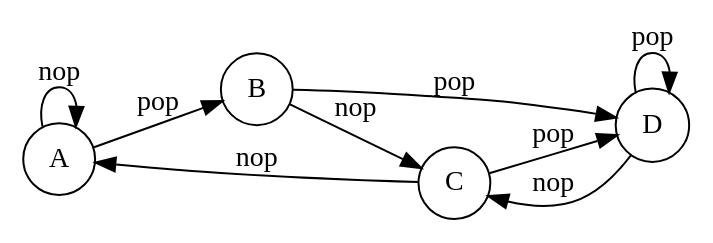
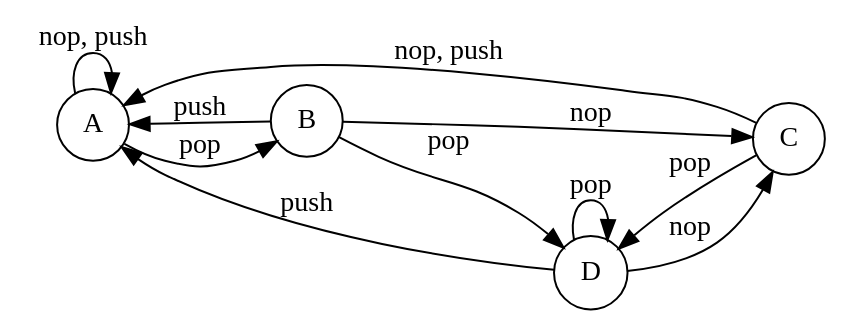
One commit to drom/stack changed the diagram in stack2/fsm.dot. Above: the diagram before and after it, drawn with Graphviz. The commit also changed 6 other files, not shown here.

```diff
--- a/stack2/fsm.dot
+++ b/stack2/fsm.dot
@@ -1,16 +1,18 @@
 digraph fsm2 {
     rankdir = "LR"
     node [shape = "circle"]
 
-    A -> A [label = "nop"]
+    A -> A [label = "nop, push"]
     A -> B [label = "pop"]
 
     B -> C [label = "nop"]
     B -> D [label = "pop"]
+    B -> A [label = "push"]
 
+    D -> C [label = "nop"]
     D -> D [label = "pop"]
-    D -> C [label = "nop"]
+    D -> A [label = "push"]
 
-    C -> A [label = "nop"]
+    C -> A [label = "nop, push"]
     C -> D [label = "pop"]
 }
```
